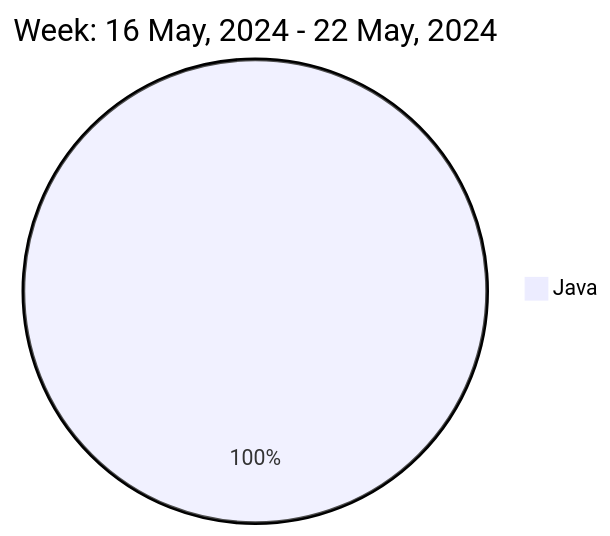
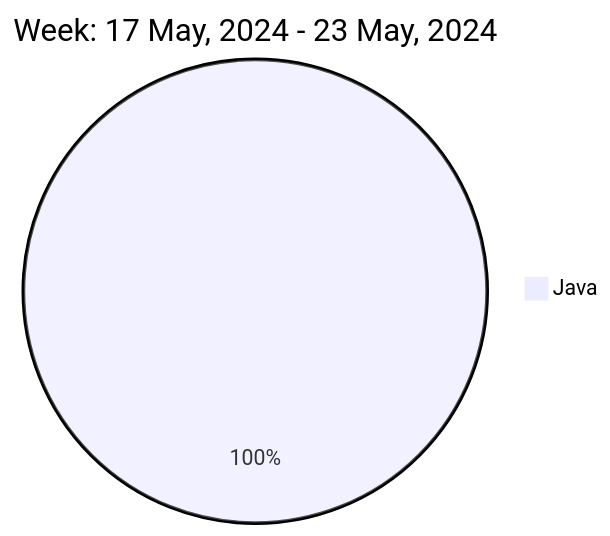
The diagram in README.md (liubin95/liubin95), drawn with Mermaid before and after one commit.

Commit message:
Updated the Graph with new Metrics

````diff
--- a/README.md
+++ b/README.md
@@ -37,5 +37,5 @@
 ```mermaid
  pie
-title Week: 16 May, 2024 - 22 May, 2024
- "Java" : 1.67
+title Week: 17 May, 2024 - 23 May, 2024
+ "Java" : 2.02
 ```
````
